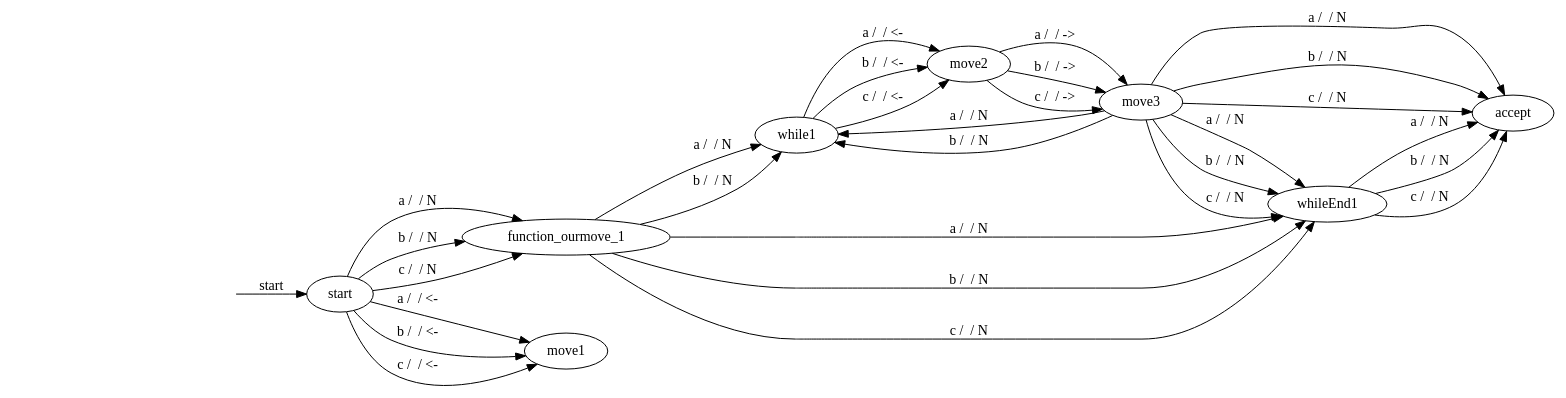
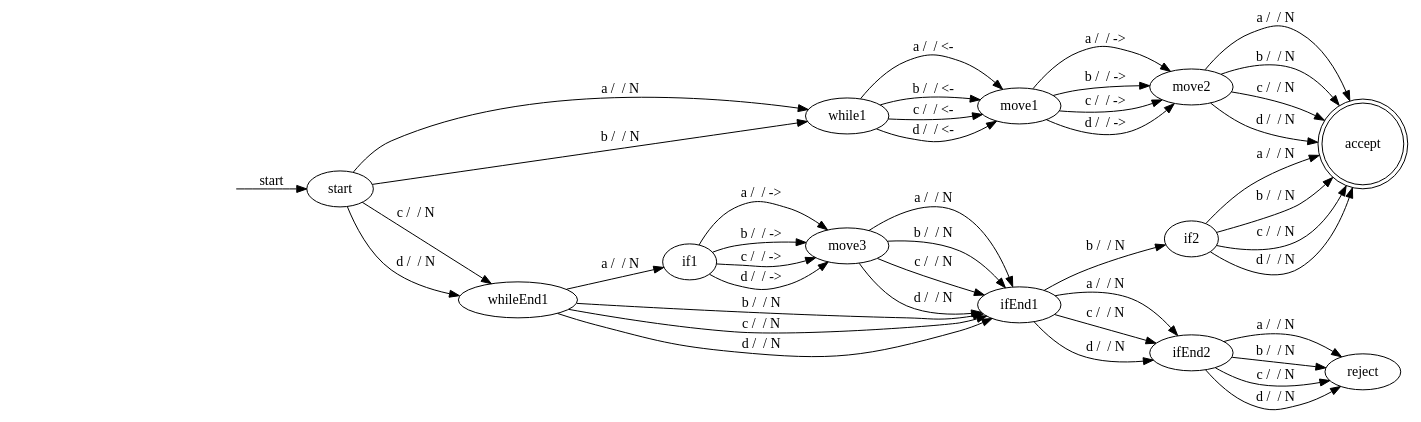
One commit to Squarific/TMLanguage changed the diagram in tm.dot. Above: the diagram before and after it, drawn with Graphviz. The commit also changed 5 other files, not shown here.

```diff
--- a/tm.dot
+++ b/tm.dot
@@ -1,33 +1,46 @@
 digraph tm {
 rankdir="LR";
+accept [shape=doublecircle];
 HIDDENSTARTSTATE [color=white, fontcolor=white];
 HIDDENSTARTSTATE -> start [label="start"];
-start -> function_ourmove_1 [label="a /  / N"];
-start -> function_ourmove_1 [label="b /  / N"];
-start -> function_ourmove_1 [label="c /  / N"];
-start -> move1 [label="a /  / <-"];
-start -> move1 [label="b /  / <-"];
-start -> move1 [label="c /  / <-"];
-while1 -> move2 [label="a /  / <-"];
-while1 -> move2 [label="b /  / <-"];
-while1 -> move2 [label="c /  / <-"];
-move2 -> move3 [label="a /  / ->"];
-move2 -> move3 [label="b /  / ->"];
-move2 -> move3 [label="c /  / ->"];
-move3 -> accept [label="a /  / N"];
-move3 -> accept [label="b /  / N"];
-move3 -> accept [label="c /  / N"];
-function_ourmove_1 -> while1 [label="a /  / N"];
-move3 -> while1 [label="a /  / N"];
-function_ourmove_1 -> while1 [label="b /  / N"];
-move3 -> while1 [label="b /  / N"];
-function_ourmove_1 -> whileEnd1 [label="a /  / N"];
-move3 -> whileEnd1 [label="a /  / N"];
-function_ourmove_1 -> whileEnd1 [label="b /  / N"];
-move3 -> whileEnd1 [label="b /  / N"];
-function_ourmove_1 -> whileEnd1 [label="c /  / N"];
-move3 -> whileEnd1 [label="c /  / N"];
-whileEnd1 -> accept [label="a /  / N"];
-whileEnd1 -> accept [label="b /  / N"];
-whileEnd1 -> accept [label="c /  / N"];
+while1 -> move1 [label="a /  / <-"];
+while1 -> move1 [label="b /  / <-"];
+while1 -> move1 [label="c /  / <-"];
+while1 -> move1 [label="d /  / <-"];
+move1 -> move2 [label="a /  / ->"];
+move1 -> move2 [label="b /  / ->"];
+move1 -> move2 [label="c /  / ->"];
+move1 -> move2 [label="d /  / ->"];
+move2 -> accept [label="a /  / N"];
+move2 -> accept [label="b /  / N"];
+move2 -> accept [label="c /  / N"];
+move2 -> accept [label="d /  / N"];
+start -> while1 [label="a /  / N"];
+start -> while1 [label="b /  / N"];
+start -> whileEnd1 [label="c /  / N"];
+start -> whileEnd1 [label="d /  / N"];
+if1 -> move3 [label="a /  / ->"];
+if1 -> move3 [label="b /  / ->"];
+if1 -> move3 [label="c /  / ->"];
+if1 -> move3 [label="d /  / ->"];
+whileEnd1 -> if1 [label="a /  / N"];
+move3 -> ifEnd1 [label="a /  / N"];
+whileEnd1 -> ifEnd1 [label="b /  / N"];
+move3 -> ifEnd1 [label="b /  / N"];
+whileEnd1 -> ifEnd1 [label="c /  / N"];
+move3 -> ifEnd1 [label="c /  / N"];
+whileEnd1 -> ifEnd1 [label="d /  / N"];
+move3 -> ifEnd1 [label="d /  / N"];
+if2 -> accept [label="a /  / N"];
+if2 -> accept [label="b /  / N"];
+if2 -> accept [label="c /  / N"];
+if2 -> accept [label="d /  / N"];
+ifEnd1 -> if2 [label="b /  / N"];
+ifEnd1 -> ifEnd2 [label="a /  / N"];
+ifEnd1 -> ifEnd2 [label="c /  / N"];
+ifEnd1 -> ifEnd2 [label="d /  / N"];
+ifEnd2 -> reject [label="a /  / N"];
+ifEnd2 -> reject [label="b /  / N"];
+ifEnd2 -> reject [label="c /  / N"];
+ifEnd2 -> reject [label="d /  / N"];
 }
```
